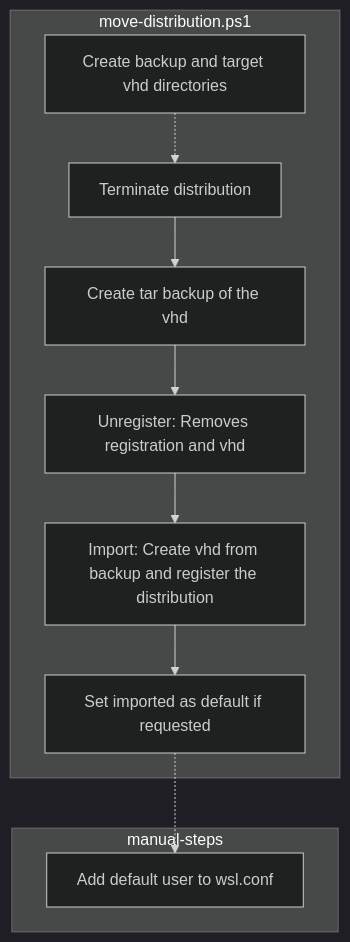
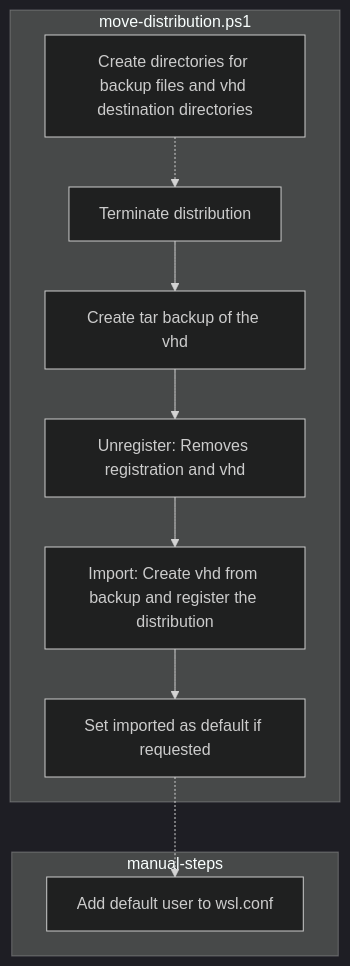
One commit to freemansoft/wsl2-utils changed the second of 2 diagrams in README.md. Above: the diagram before and after it, drawn with Mermaid (dark theme). The commit also changed other lines of this file, not shown here.

````diff
--- a/README.md
+++ b/README.md
@@ -39,15 +39,15 @@
 ```mermaid
     flowchart
     subgraph move-distribution[move-distribution.ps1]
-        CreateDirs[Create backup and target vhd directories]
+        CreateDirs[Create directories for backup files and vhd destination directories]
         CreateDirs -.-> Terminate[Terminate distribution] 
         Terminate --> Backup[Create tar backup of the vhd];
         Backup --> Unregister[Unregister: Removes registration and vhd];
         Unregister --> Import[Import: Create vhd from backup and register the distribution]
         Import --> SetDefaultRegistration[Set imported as default if requested]
     end
     subgraph manual-steps
         SetDefaultRegistration -.-> SetDefaultUser[Add default user to wsl.conf]
     end
 
 ```
````
